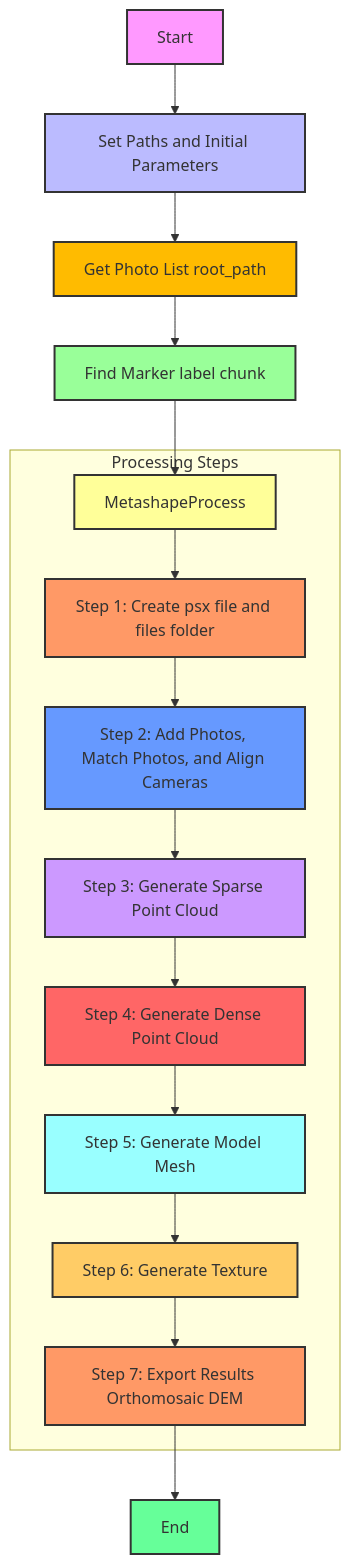
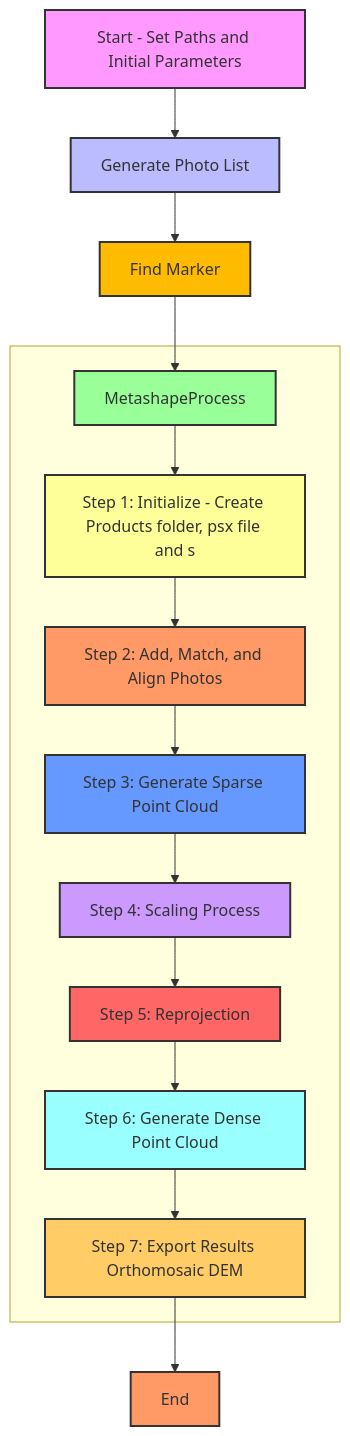
Before and after one commit to noaa-pifsc/reefmapper: the diagram in README.md, drawn with Mermaid. The commit also changed other lines of this file, not shown here.

````diff
--- a/README.md
+++ b/README.md
@@ -11,34 +10,30 @@
 ```mermaid
 graph TD
-    A[Start] --> B[Set Paths and Initial Parameters]
-    B --> C[Get Photo List root_path]
-    C --> D[Find Marker label chunk]
-    D --> E[MetashapeProcess]
-
-    subgraph Processing Steps
-        E --> F[Step 1: Create psx file and files folder]
-        F --> G[Step 2: Add Photos, Match Photos, and Align Cameras]
-        G --> H[Step 3: Generate Sparse Point Cloud]
-        H --> I[Step 4: Generate Dense Point Cloud]
-        I --> J[Step 5: Generate Model Mesh]
-        J --> K[Step 6: Generate Texture]
-        K --> L[Step 7: Export Results Orthomosaic DEM]
+    A[Start - Set Paths and Initial Parameters] --> B[Generate Photo List]
+    B --> C[Find Marker]
+    C --> D[MetashapeProcess]
+    subgraph _
+        D --> E[Step 1: Initialize - Create Products folder, psx file and s]
+        E --> F[Step 2: Add, Match, and Align Photos]
+        F --> G[Step 3: Generate Sparse Point Cloud]
+        G --> H[Step 4: Scaling Process]
+        H --> I[Step 5: Reprojection]
+        I --> J[Step 6: Generate Dense Point Cloud]
+        J --> K[Step 7: Export Results Orthomosaic DEM]
     end
-
-    L --> M[End]
+    K --> L[End]
 
     style A fill:#f9f,stroke:#333,stroke-width:2px
     style B fill:#bbf,stroke:#333,stroke-width:2px
     style C fill:#fb0,stroke:#333,stroke-width:2px
     style D fill:#9f9,stroke:#333,stroke-width:2px
     style E fill:#ff9,stroke:#333,stroke-width:2px
     style F fill:#f96,stroke:#333,stroke-width:2px
     style G fill:#69f,stroke:#333,stroke-width:2px
     style H fill:#c9f,stroke:#333,stroke-width:2px
     style I fill:#f66,stroke:#333,stroke-width:2px
     style J fill:#9ff,stroke:#333,stroke-width:2px
     style K fill:#fc6,stroke:#333,stroke-width:2px
     style L fill:#f96,stroke:#333,stroke-width:2px
-    style M fill:#6f9,stroke:#333,stroke-width:2px
 
 ```
````
